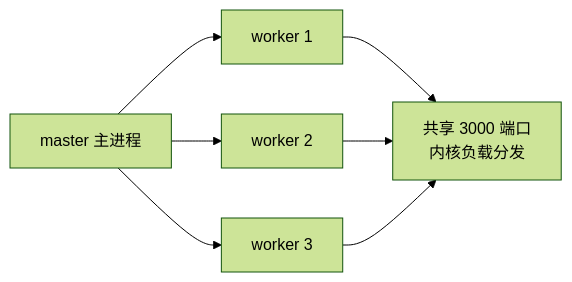
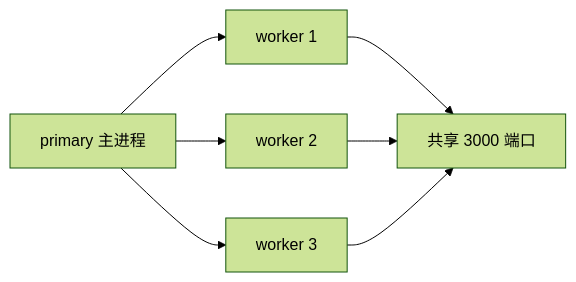
The diagram in frontend-knowledge-base/卷九-Node.js与运行时/9.5-部署与运维.md (inspire-man/frontend-knowledge-base), drawn with Mermaid (forest theme) before and after one commit. The commit also changed other lines of this file, not shown here.

````diff
--- a/frontend-knowledge-base/卷九-Node.js与运行时/9.5-部署与运维.md
+++ b/frontend-knowledge-base/卷九-Node.js与运行时/9.5-部署与运维.md
@@ -23,7 +36,7 @@
 ```mermaid
 flowchart LR
-    A[master 主进程] --> B[worker 1]
+    A[primary 主进程] --> B[worker 1]
     A --> C[worker 2]
     A --> D[worker 3]
-    B & C & D --> E[共享 3000 端口<br/>内核负载分发]
+    B & C & D --> E[共享 3000 端口]
 ```
````
